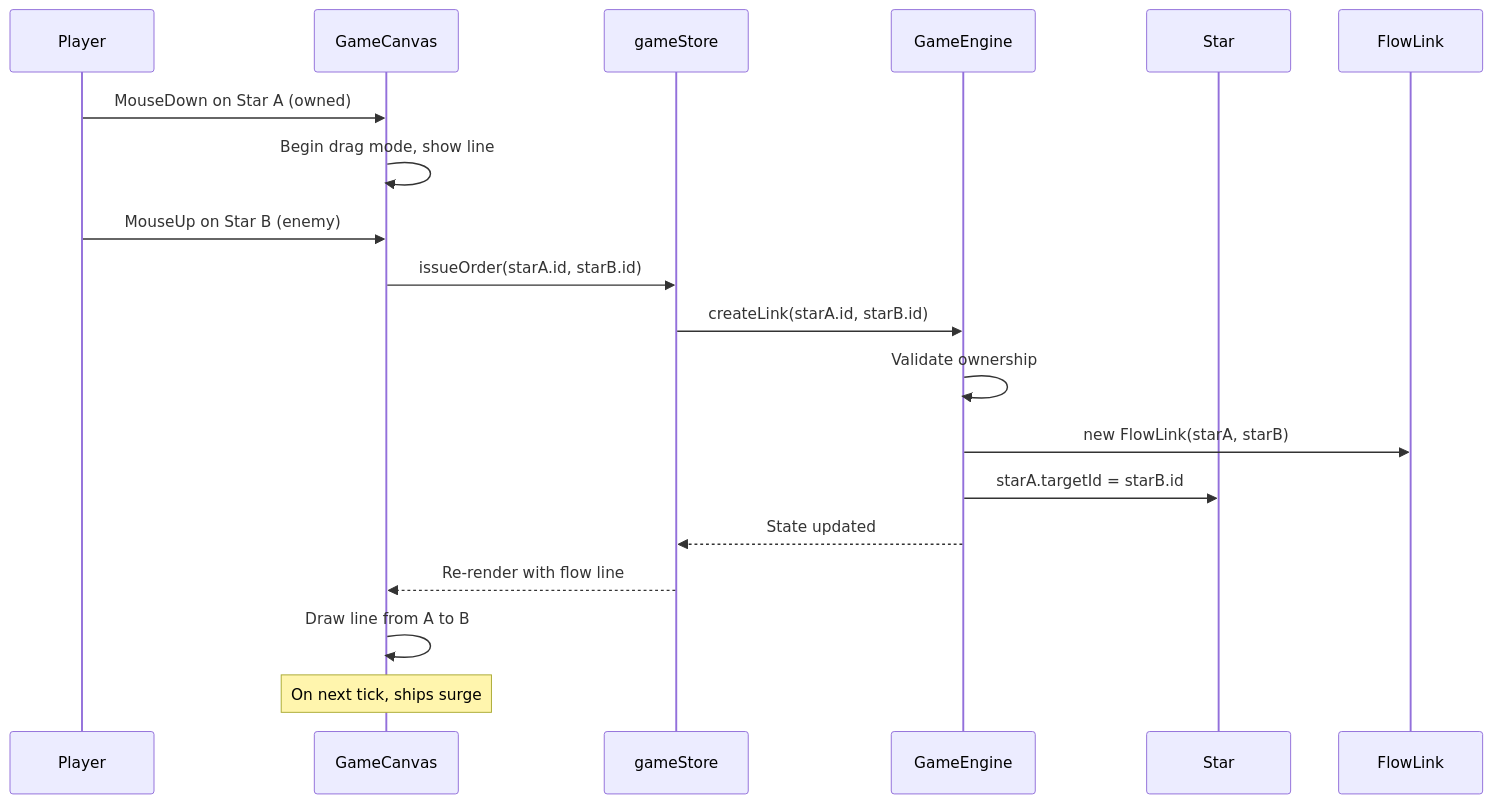
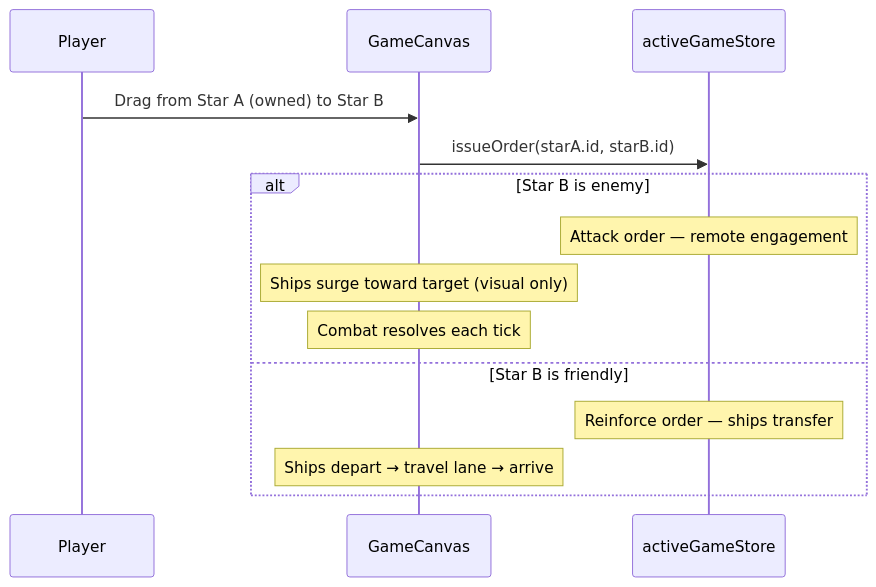
Before and after one commit to mikepeiman/pax-fluxia: the second of 3 diagrams in .atlas/04_FUNCTIONAL_STORY.md, drawn with Mermaid. The commit also changed other lines of this file, not shown here.

Commit message:
docs: update 04_FUNCTIONAL_STORY.md  add MP flow, deferred orders, variable tuning stories

````diff
--- a/.atlas/04_FUNCTIONAL_STORY.md
+++ b/.atlas/04_FUNCTIONAL_STORY.md
@@ -76,22 +67,18 @@
 ```mermaid
 sequenceDiagram
     participant U as Player
     participant C as GameCanvas
-    participant S as gameStore
-    participant E as GameEngine
-    participant St as Star
-    participant L as FlowLink
+    participant F as activeGameStore
 
-    U->>C: MouseDown on Star A (owned)
-    C->>C: Begin drag mode, show line
-    U->>C: MouseUp on Star B (enemy)
-    C->>S: issueOrder(starA.id, starB.id)
-    S->>E: createLink(starA.id, starB.id)
-    E->>E: Validate ownership
-    E->>L: new FlowLink(starA, starB)
-    E->>St: starA.targetId = starB.id
-    E-->>S: State updated
-    S-->>C: Re-render with flow line
-    C->>C: Draw line from A to B
-    Note over C: On next tick, ships surge
+    U->>C: Drag from Star A (owned) to Star B
+    C->>F: issueOrder(starA.id, starB.id)
+
+    alt Star B is enemy
+        Note over F: Attack order — remote engagement
+        Note over C: Ships surge toward target (visual only)
+        Note over C: Combat resolves each tick
+    else Star B is friendly
+        Note over F: Reinforce order — ships transfer
+        Note over C: Ships depart → travel lane → arrive
+    end
 ```
````
